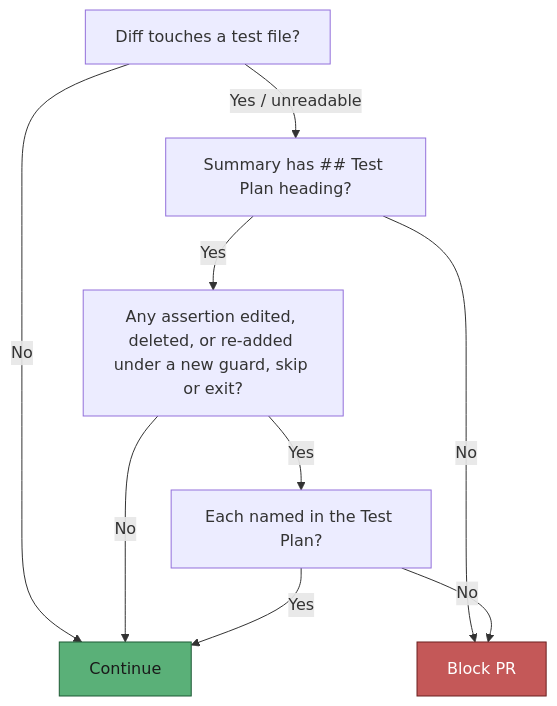
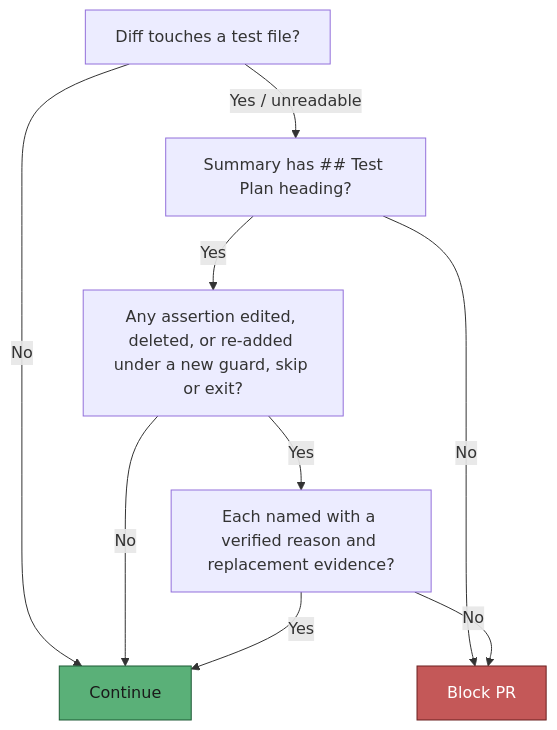
Before and after one commit to stSoftwareAU/VibeCoder: diagram 18 of 25 in docs/workflows/issue-processing.md, drawn with Mermaid. The commit also changed other lines of this file and 30 other files, not shown here.

````diff
--- a/docs/workflows/issue-processing.md
+++ b/docs/workflows/issue-processing.md
@@ -2023,13 +2042,13 @@
 ```mermaid
 flowchart TD
   A["Diff touches a test file?"] -->|No| Z["Continue"]
   A -->|Yes / unreadable| B["Summary has ## Test Plan heading?"]
   B -->|No| X["Block PR"]
   B -->|Yes| C["Any assertion edited, deleted, or re-added under a new guard, skip or exit?"]
   C -->|No| Z
-  C -->|Yes| D["Each named in the Test Plan?"]
+  C -->|Yes| D["Each named with a verified reason and replacement evidence?"]
   D -->|Yes| Z
   D -->|No| X
   style Z fill:#5ab078,stroke:#1d5a35,color:#1a1a1a
   style X fill:#c45858,stroke:#6b2020,color:#fff
 ```
````
